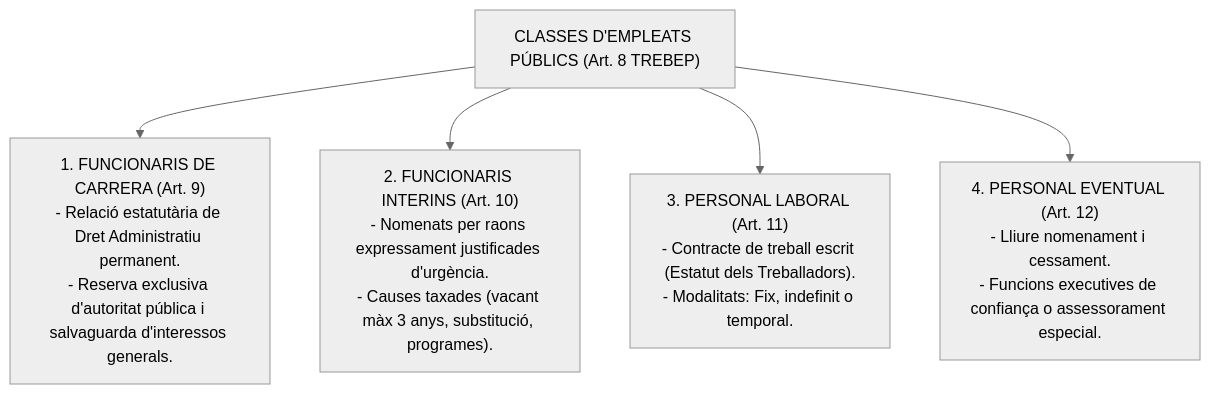
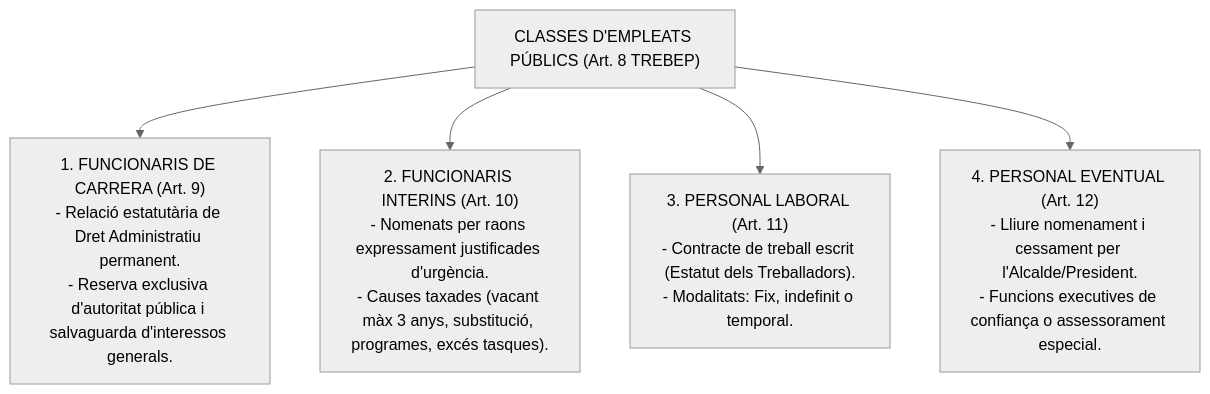
One commit to oriolmapu/opo changed the second of 6 diagrams in part_general/16_drets_deures_personal_trebep.md. Above: the diagram before and after it, drawn with Mermaid (neutral theme). The commit also changed other lines of this file, not shown here.

````diff
--- a/part_general/16_drets_deures_personal_trebep.md
+++ b/part_general/16_drets_deures_personal_trebep.md
@@ -31,14 +31,14 @@
 ```mermaid
 graph TD
     Empleats["CLASSES D'EMPLEATS PÚBLICS (Art. 8 TREBEP)"]
     
     FuncCarrera["1. FUNCIONARIS DE CARRERA (Art. 9)<br/>- Relació estatutària de Dret Administratiu permanent.<br/>- Reserva exclusiva d'autoritat pública i salvaguarda d'interessos generals."]
-    FuncInterins["2. FUNCIONARIS INTERINS (Art. 10)<br/>- Nomenats per raons expressament justificades d'urgència.<br/>- Causes taxades (vacant màx 3 anys, substitució, programes)."]
+    FuncInterins["2. FUNCIONARIS INTERINS (Art. 10)<br/>- Nomenats per raons expressament justificades d'urgència.<br/>- Causes taxades (vacant màx 3 anys, substitució, programes, excés tasques)."]
     PersonalLab["3. PERSONAL LABORAL (Art. 11)<br/>- Contracte de treball escrit (Estatut dels Treballadors).<br/>- Modalitats: Fix, indefinit o temporal."]
-    PersonalEv["4. PERSONAL EVENTUAL (Art. 12)<br/>- Lliure nomenament i cessament.<br/>- Funcions executives de confiança o assessorament especial."]
+    PersonalEv["4. PERSONAL EVENTUAL (Art. 12)<br/>- Lliure nomenament i cessament per l'Alcalde/President.<br/>- Funcions executives de confiança o assessorament especial."]
 
     Empleats --> FuncCarrera
     Empleats --> FuncInterins
     Empleats --> PersonalLab
     Empleats --> PersonalEv
 ```
````
